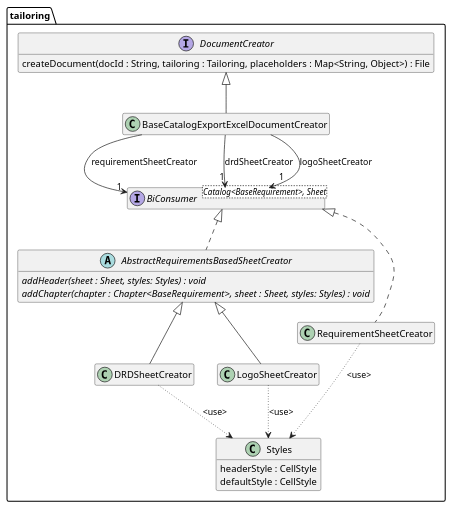
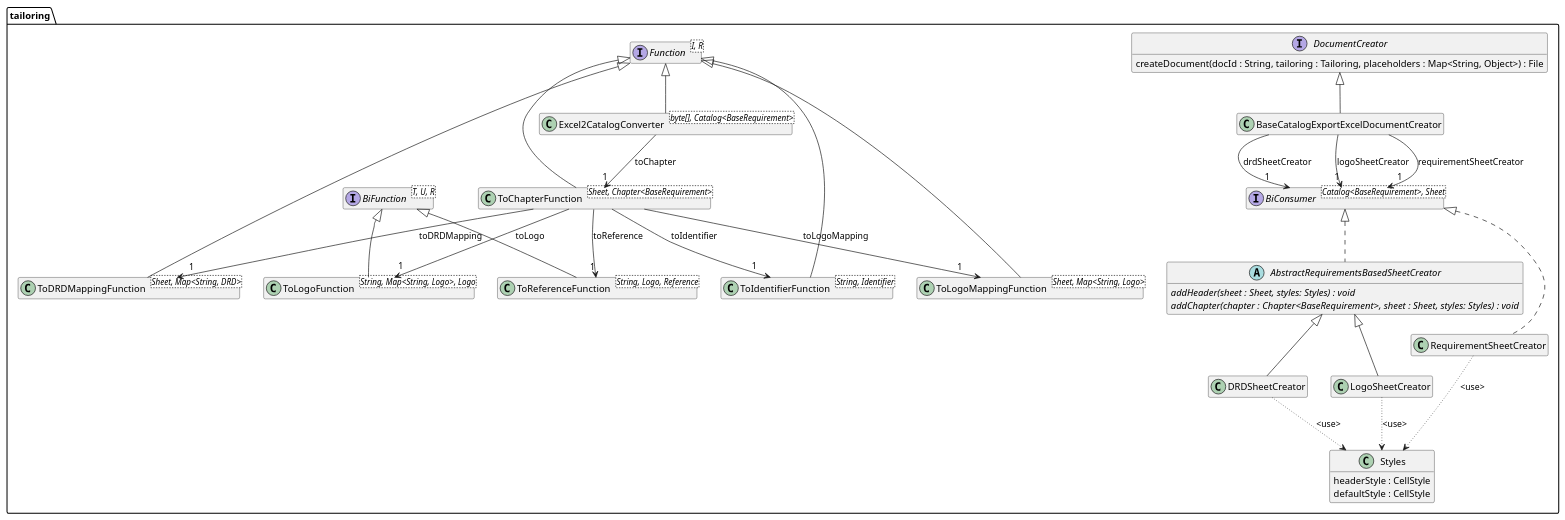
One commit to tailoringexpert/platform changed the diagram in src/site/arc42/plantuml/poi/catalog/Ebene3.plantuml. Above: the diagram before and after it, drawn with PlantUML. The commit also changed 34 other files, not shown here.

```diff
--- a/src/site/arc42/plantuml/poi/catalog/Ebene3.plantuml
+++ b/src/site/arc42/plantuml/poi/catalog/Ebene3.plantuml
@@ -1,49 +1,91 @@
 @startuml Ebene3.png
 hide empty members
 
 package tailoring {
 
     interface DocumentCreator {
         createDocument(docId : String, tailoring : Tailoring, placeholders : Map<String, Object>) : File
     }
 
     interface "BiConsumer<Catalog<BaseRequirement>, Sheet>" as sheetCreator {
     }
 
     class Styles {
         headerStyle : CellStyle
         defaultStyle : CellStyle
     }
 
     abstract class AbstractRequirementsBasedSheetCreator {
         {abstract}addHeader(sheet : Sheet, styles: Styles) : void
         {abstract}addChapter(chapter : Chapter<BaseRequirement>, sheet : Sheet, styles: Styles) : void
     }
     sheetCreator <|.. AbstractRequirementsBasedSheetCreator
 
     class RequirementSheetCreator {
     }
     sheetCreator <|.. RequirementSheetCreator
 
     RequirementSheetCreator -[dotted]-> Styles : <use>
 
     class DRDSheetCreator {
     }
     AbstractRequirementsBasedSheetCreator <|-- DRDSheetCreator
     DRDSheetCreator -[dotted]-> Styles : <use>
 
     class LogoSheetCreator {
     }
     AbstractRequirementsBasedSheetCreator <|-- LogoSheetCreator
     LogoSheetCreator -[dotted]-> Styles : <use>
 
     class BaseCatalogExportExcelDocumentCreator {
     }
     DocumentCreator <|-- BaseCatalogExportExcelDocumentCreator
 
     BaseCatalogExportExcelDocumentCreator --> "1" sheetCreator : requirementSheetCreator
     BaseCatalogExportExcelDocumentCreator --> "1" sheetCreator : drdSheetCreator
     BaseCatalogExportExcelDocumentCreator --> "1" sheetCreator : logoSheetCreator
 
+    interface "Function<I, R>" as function {
+    }
+    interface "BiFunction<T, U, R>" as biFunction {
+    }
+
+
+
+    class "ToChapterFunction<Sheet, Chapter<BaseRequirement>>" as chapterFunction {
+    }
+    function <|-- chapterFunction
+    chapterFunction --> "1" drdMappingFunction : toDRDMapping
+    chapterFunction --> "1" logoMappingFunction : toLogoMapping
+    chapterFunction --> "1" identifierFunction : toIdentifier
+    chapterFunction --> "1" logoFunction : toLogo
+    chapterFunction --> "1" referenceFunction: toReference
+
+    class "ToDRDMappingFunction<Sheet, Map<String, DRD>>" as drdMappingFunction {
+    }
+    function <|-- drdMappingFunction
+
+    class "ToIdentifierFunction<String, Identifier>" as identifierFunction{
+    }
+    function <|-- identifierFunction
+
+    class "ToLogoFunction<String, Map<String, Logo>, Logo>" as logoFunction{
+    }
+    biFunction <|-- logoFunction
+
+    class "ToLogoMappingFunction<Sheet, Map<String, Logo>>" as logoMappingFunction {
+    }
+    function <|-- logoMappingFunction
+
+    class "ToReferenceFunction<String, Logo, Reference>" as referenceFunction{
+    }
+    biFunction <|-- referenceFunction
+
+    class "Excel2CatalogConverter<byte[], Catalog<BaseRequirement>>" as excel2CatalogConverter {
+    }
+    function <|-- excel2CatalogConverter
+    excel2CatalogConverter --> "1" chapterFunction : toChapter
+
+
 }
 @enduml
```
